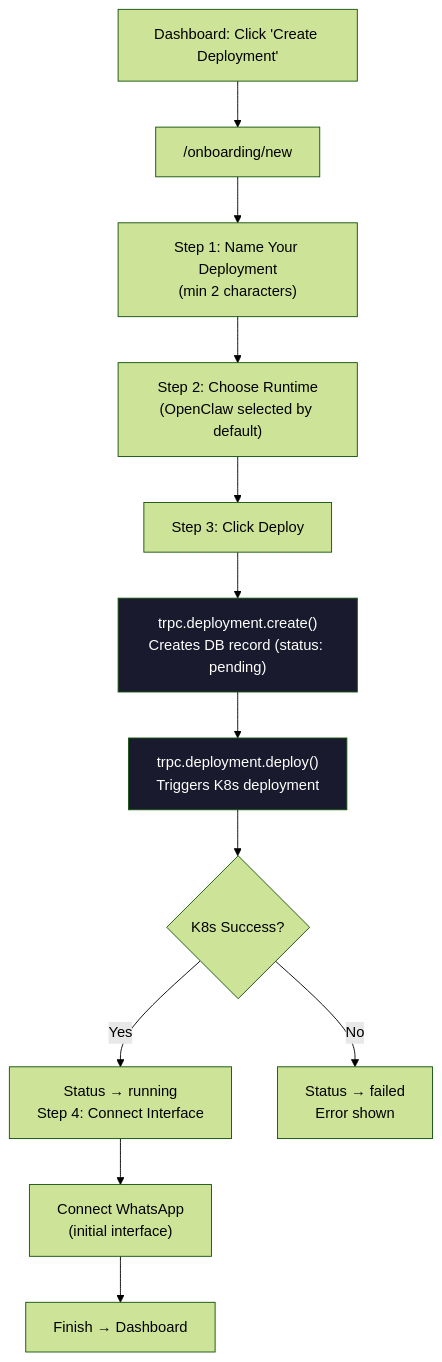
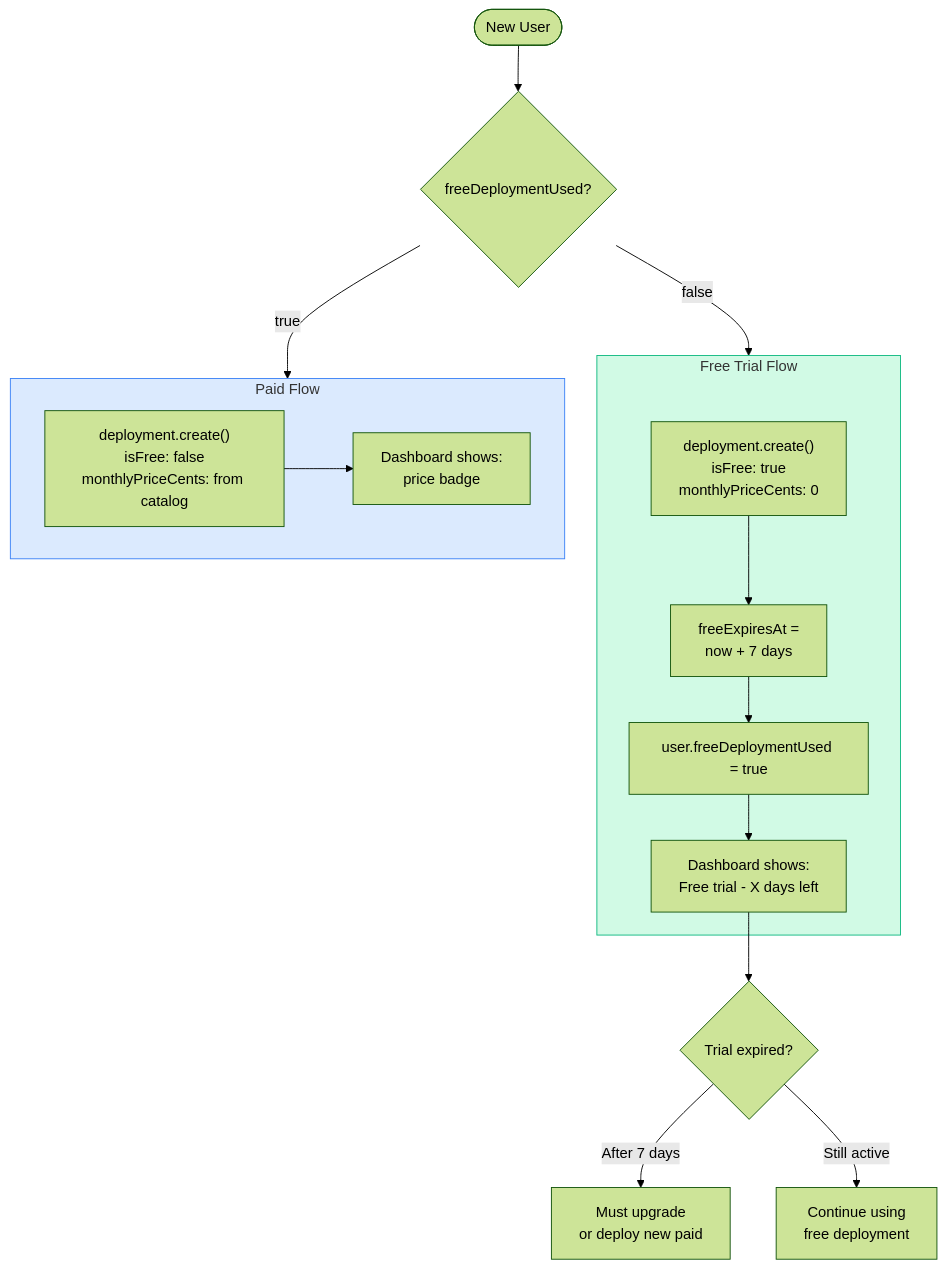
Before and after one commit to Bretthb/jarble: diagram 14 of 14 in ARCHITECTURE.md, drawn with Mermaid (forest theme). The commit also changed other lines of this file and 18 other files, not shown here.

First line of the commit message:
Migrate to pay-as-you-go runtime catalog, dynamic wizard steps, multi-provider BYOK

````diff
--- a/ARCHITECTURE.md
+++ b/ARCHITECTURE.md
@@ -583,17 +677,30 @@
 ```mermaid
 flowchart TD
-    A["Dashboard: Click 'Create Deployment'"] --> B["/onboarding/new"]
-    B --> C["Step 1: Name Your Deployment<br/>(min 2 characters)"]
-    C --> D["Step 2: Choose Runtime<br/>(OpenClaw selected by default)"]
-    D --> E["Step 3: Click Deploy"]
-    E --> F["trpc.deployment.create()<br/>Creates DB record (status: pending)"]
-    F --> G["trpc.deployment.deploy()<br/>Triggers K8s deployment"]
-    G --> H{K8s Success?}
-    H -->|Yes| I["Status → running<br/>Step 4: Connect Interface"]
-    H -->|No| J["Status → failed<br/>Error shown"]
-    I --> K["Connect WhatsApp<br/>(initial interface)"]
-    K --> L["Finish → Dashboard"]
+    NewUser([New User]) --> Check{freeDeploymentUsed?}
 
-    style F fill:#1a1a2e,color:#fff
-    style G fill:#1a1a2e,color:#fff
+    Check -->|false| FreeFlow
+    Check -->|true| PaidFlow
+
+    subgraph FreeFlow["Free Trial Flow"]
+        CreateFree["deployment.create()<br/>isFree: true<br/>monthlyPriceCents: 0"]
+        SetExpiry["freeExpiresAt =<br/>now + 7 days"]
+        MarkUsed["user.freeDeploymentUsed = true"]
+        ShowBanner["Dashboard shows:<br/>Free trial - X days left"]
+
+        CreateFree --> SetExpiry --> MarkUsed --> ShowBanner
+    end
+
+    subgraph PaidFlow["Paid Flow"]
+        CreatePaid["deployment.create()<br/>isFree: false<br/>monthlyPriceCents: from catalog"]
+        ShowPrice["Dashboard shows:<br/>price badge"]
+
+        CreatePaid --> ShowPrice
+    end
+
+    ShowBanner --> Expired{Trial expired?}
+    Expired -->|"After 7 days"| NeedUpgrade["Must upgrade<br/>or deploy new paid"]
+    Expired -->|"Still active"| UsingFree["Continue using<br/>free deployment"]
+
+    style FreeFlow fill:#d1fae5,stroke:#10b981
+    style PaidFlow fill:#dbeafe,stroke:#3b82f6
 ```
````
